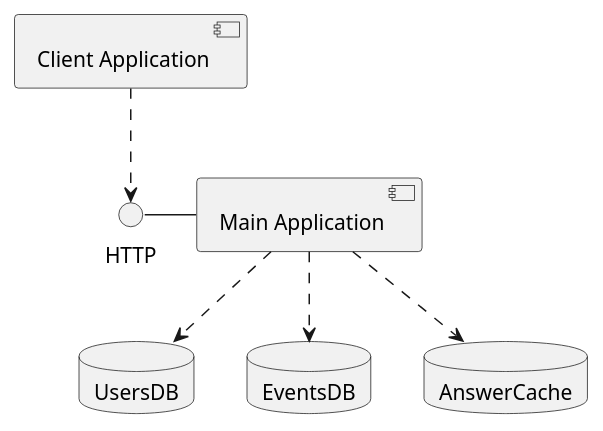
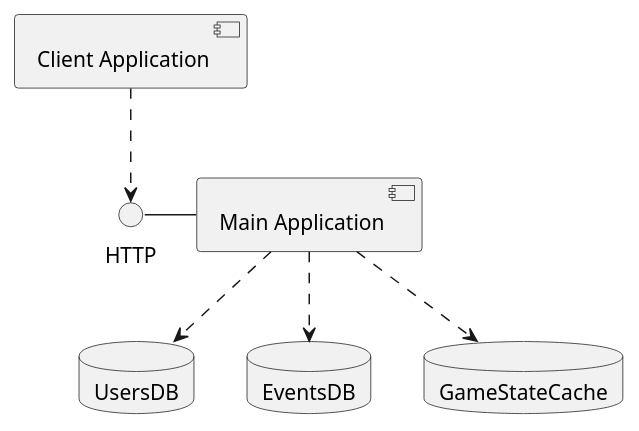
One commit to gnidan/foodtastechess-docs changed the first of 2 diagrams in design/architecture.rst. Above: the diagram before and after it, drawn with PlantUML. The commit also changed other lines of this file, not shown here.

Commit message:
Fixing up architecture a bit

```diff
--- a/design/architecture.rst
+++ b/design/architecture.rst
@@ -74,9 +70,11 @@
 .. uml::
+    :scale: 70 %
+
     [Client Application] ..> HTTP
     HTTP - [Main Application]
     database UsersDB
     database EventsDB
-    database AnswerCache
+    database GameStateCache
     [Main Application] ..> UsersDB
     [Main Application] ..> EventsDB
-    [Main Application] ..> AnswerCache
+    [Main Application] ..> GameStateCache
```
